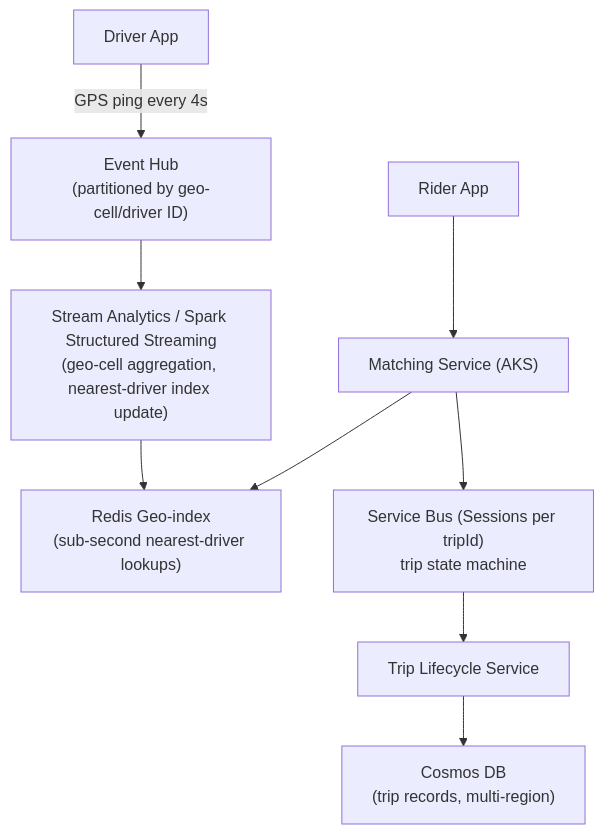
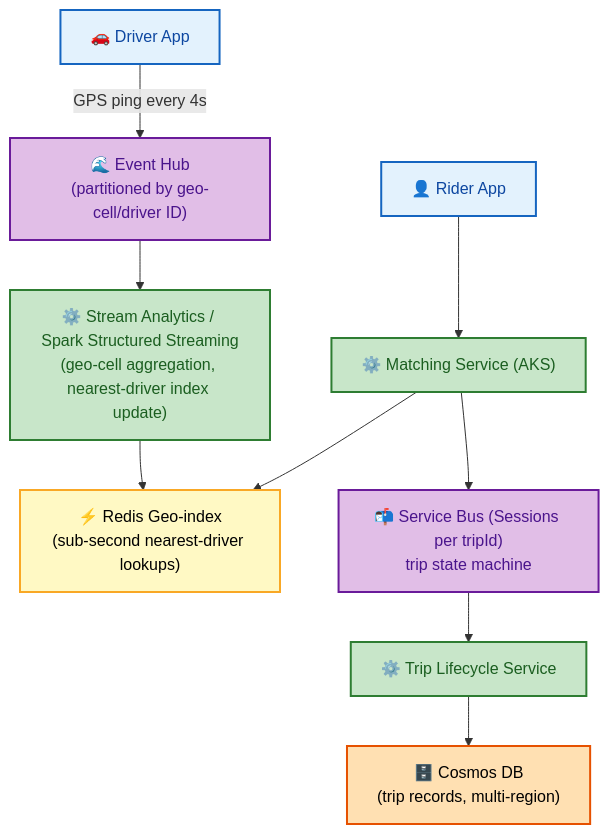
The fourth of 5 diagrams in azure/11-SYSTEM-DESIGN.md (rakesh-budde/devops-guide), drawn with Mermaid before and after one commit. The commit also changed other lines of this file and 73 other files, not shown here.

````diff
--- a/azure/11-SYSTEM-DESIGN.md
+++ b/azure/11-SYSTEM-DESIGN.md
@@ -50,11 +131,23 @@
 ```mermaid
 graph TB
-    Driver["Driver App"] -->|GPS ping every 4s| EventHub["Event Hub<br/>(partitioned by geo-cell/driver ID)"]
-    EventHub --> StreamAnalytics["Stream Analytics / Spark Structured Streaming<br/>(geo-cell aggregation, nearest-driver index update)"]
-    StreamAnalytics --> Redis["Redis Geo-index<br/>(sub-second nearest-driver lookups)"]
-    Rider["Rider App"] --> MatchAPI["Matching Service (AKS)"]
+    Driver["🚗 Driver App"] -->|GPS ping every 4s| EventHub["🌊 Event Hub<br/>(partitioned by geo-cell/driver ID)"]
+    EventHub --> StreamAnalytics["⚙️ Stream Analytics / Spark Structured Streaming<br/>(geo-cell aggregation, nearest-driver index update)"]
+    StreamAnalytics --> Redis["⚡ Redis Geo-index<br/>(sub-second nearest-driver lookups)"]
+    Rider["👤 Rider App"] --> MatchAPI["⚙️ Matching Service (AKS)"]
     MatchAPI --> Redis
-    MatchAPI --> ServiceBus["Service Bus (Sessions per tripId)<br/>trip state machine"]
-    ServiceBus --> TripService["Trip Lifecycle Service"]
-    TripService --> Cosmos["Cosmos DB<br/>(trip records, multi-region)"]
+    MatchAPI --> ServiceBus["📬 Service Bus (Sessions per tripId)<br/>trip state machine"]
+    ServiceBus --> TripService["⚙️ Trip Lifecycle Service"]
+    TripService --> Cosmos["🗄️ Cosmos DB<br/>(trip records, multi-region)"]
+    classDef start fill:#e3f2fd,stroke:#1565c0,color:#0d47a1,stroke-width:2px;
+    classDef proc fill:#fff9c4,stroke:#f9a825,color:#000,stroke-width:2px;
+    classDef good fill:#c8e6c9,stroke:#2e7d32,color:#1b5e20,stroke-width:2px;
+    classDef bad fill:#ffcdd2,stroke:#c62828,color:#b71c1c,stroke-width:2px;
+    classDef ctrl fill:#e1bee7,stroke:#6a1b9a,color:#4a148c,stroke-width:2px;
+    classDef store fill:#ffe0b2,stroke:#e65100,color:#000,stroke-width:2px;
+    class Driver,Rider start;
+    class EventHub ctrl;
+    class StreamAnalytics,MatchAPI,TripService good;
+    class Redis proc;
+    class ServiceBus ctrl;
+    class Cosmos store;
 ```
````
